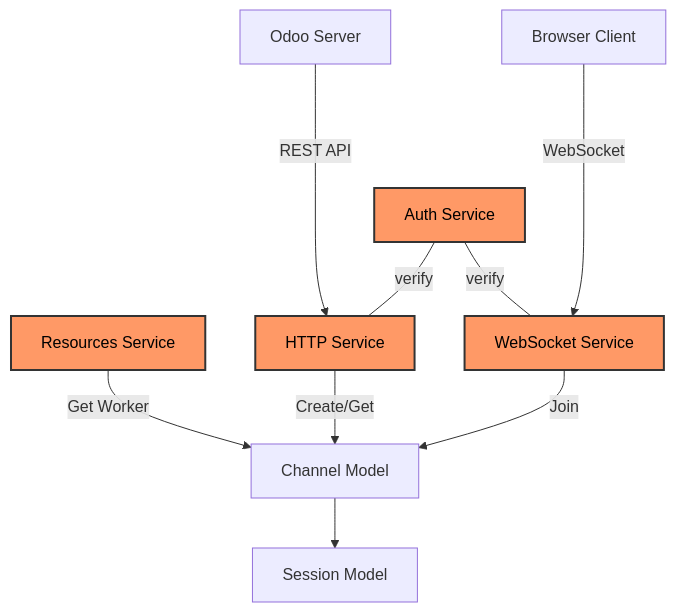
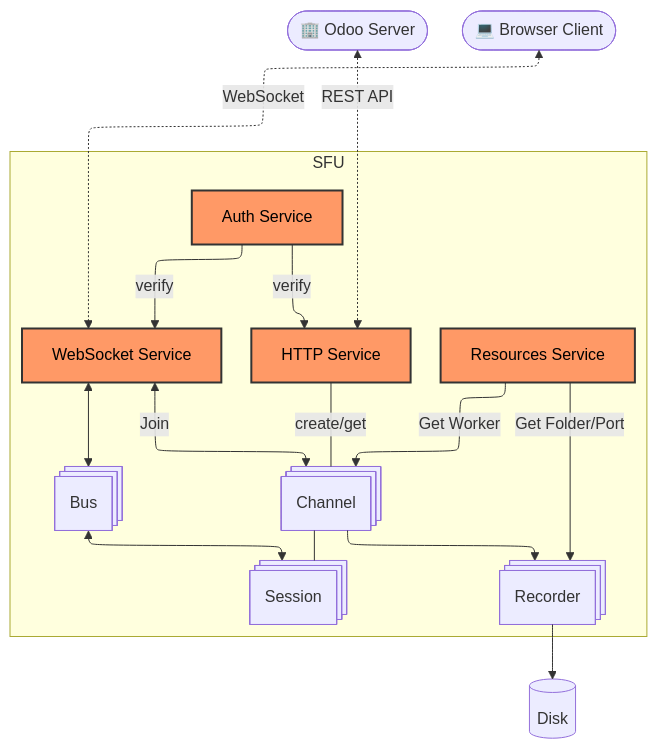
One commit to odoo/sfu changed the first of 2 diagrams in src/services/README.md. Above: the diagram before and after it, drawn with Mermaid. The commit also changed 1 other file, not shown here.

````diff
--- a/src/services/README.md
+++ b/src/services/README.md
@@ -7,23 +7,40 @@
 ```mermaid
-graph TD
-    Client[Browser Client]
-    Server[Odoo Server]
-    HTTP[HTTP Service]
-    WS[WebSocket Service]
-    Auth[Auth Service]
-    Channel[Channel Model]
-    Resources[Resources Service]
-    Session[Session Model]
+---
+config:
+  layout: elk
+---
+flowchart TB
+ subgraph s1["SFU"]
+        HTTP["HTTP Service"]
+        WS["WebSocket Service"]
+        Auth["Auth Service"]
+        Bus["Bus"]
+        Channel["Channel"]
+        Resources["Resources Service"]
+        Recorder["Recorder"]
+        Session["Session"]
+  end
+    Server(["🏢 Odoo Server"]) <-. REST API ...-> HTTP
+    Client(["💻 Browser Client"]) <-. WebSocket ...-> WS
+    Auth -- verify --> HTTP & WS
+    WS <--> Bus
+    Bus <--> Session
+    Resources -- Get Worker ---> Channel
+    Resources -- Get Folder/Port ---> Recorder
+    HTTP -- create/get ---- Channel
+    WS <-- Join ---> Channel
+    Channel --- Session
+    Channel ---> Recorder
+    Recorder ---> Disk
 
-    Server ---->|REST API| HTTP
-    Auth ---|verify| HTTP
-    Auth ---|verify| WS
-    Client ---->|WebSocket| WS
-    Resources -->|Get Worker| Channel
-    HTTP -->|Create/Get| Channel
-    WS -->|Join| Channel
-    Channel --> Session
-
-    classDef service fill:#f96,stroke:#333,stroke-width:2px,color:#000;
-    class HTTP,WS,Auth,Resources service;
+    Bus@{ shape: procs}
+    Channel@{ shape: procs}
+    Recorder@{ shape: procs}
+    Session@{ shape: procs}
+    Disk@{ shape: cyl}
+    HTTP:::service
+    WS:::service
+    Auth:::service
+    Resources:::service
+    classDef service fill:#f96,stroke:#333,stroke-width:2px,color:#000
 ```
````
